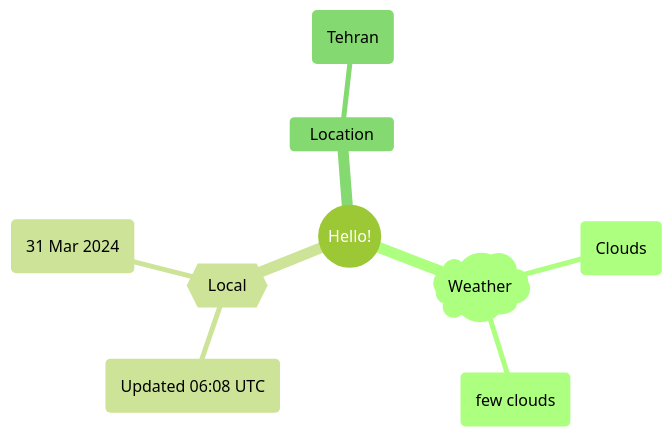
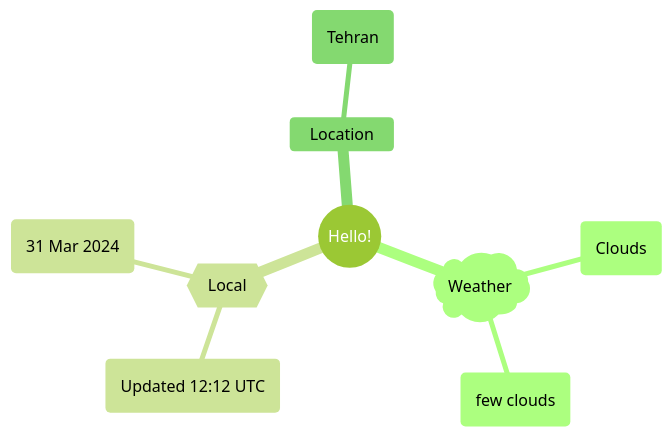
One commit to Xosrov/Xosrov changed the first of 2 diagrams in README.md. Above: the diagram before and after it, drawn with Mermaid (forest theme).

Commit message:
[bot] updated images

````diff
--- a/README.md
+++ b/README.md
@@ -3,12 +3,12 @@
 ```mermaid
 mindmap
   root((Hello!))
     )Weather(
         (Clouds)
         (few clouds)
     {{Local}}
-        (Updated 06:08 UTC)
+        (Updated 12:12 UTC)
         (31 Mar 2024)
     Location
         (Tehran)
 ```
````
